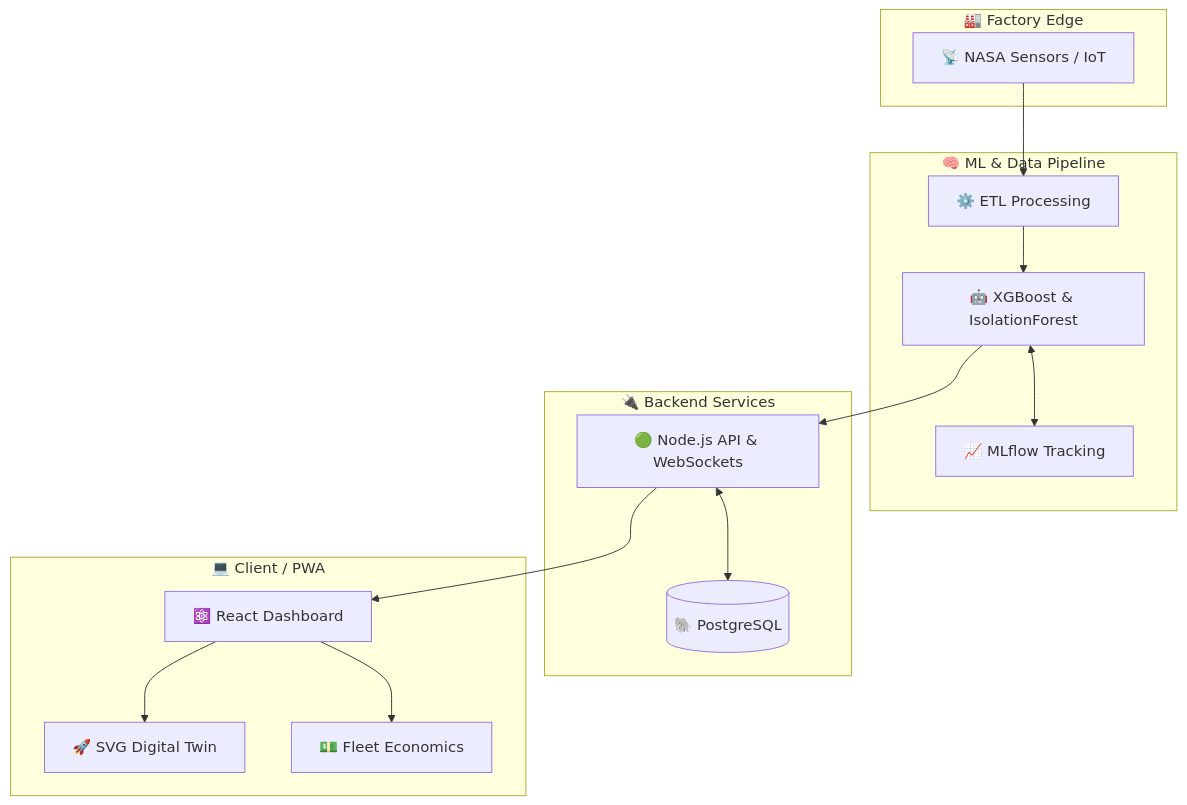
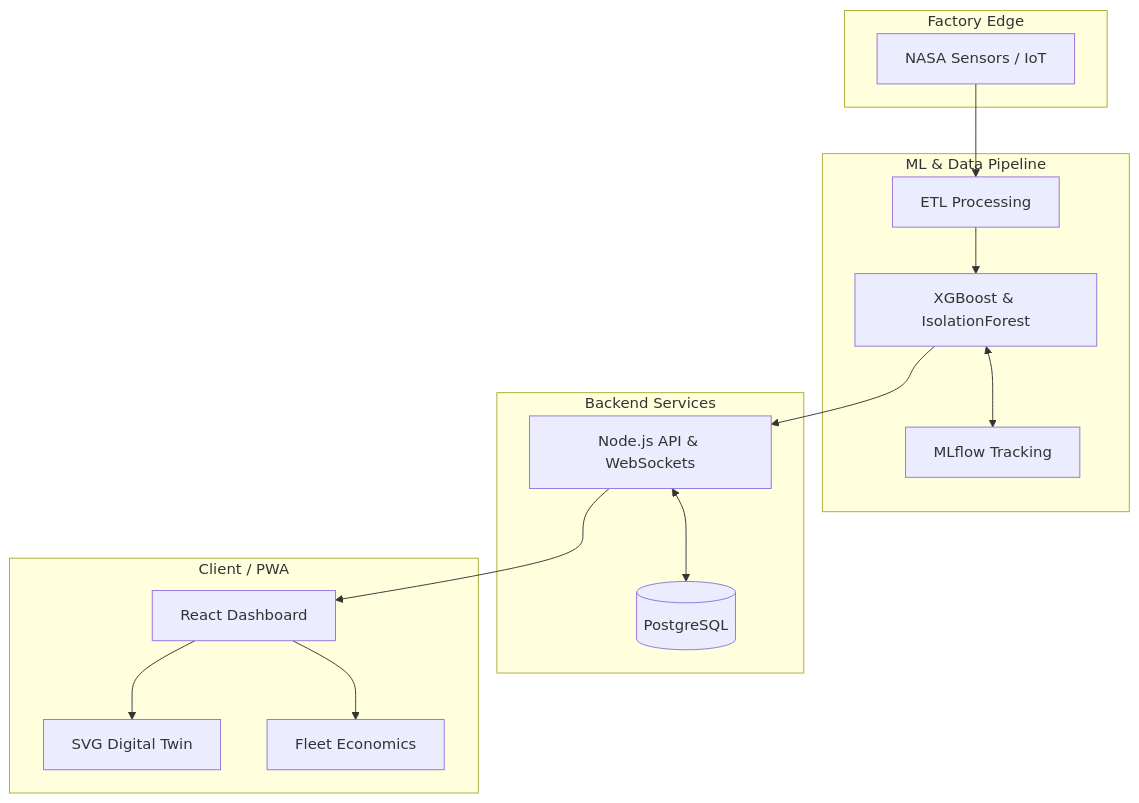
Before and after one commit to Josuegarciaaa/-Mantenimiento-Predictivo-con-IA: the first of 2 diagrams in README.md, drawn with Mermaid. The commit also changed other lines of this file, not shown here.

````diff
--- a/README.md
+++ b/README.md
@@ -42,34 +42,34 @@
 ```mermaid
 graph TD
-    subgraph Edge_Factory [🏭 Factory Edge]
-        Sensors[📡 NASA Sensors / IoT]
+    subgraph Edge_Factory [Factory Edge]
+        Sensors[NASA Sensors / IoT]
     end
     
-    subgraph Data_Pipeline [🧠 ML & Data Pipeline]
-        ETL[⚙️ ETL Processing]
-        XGBoost[🤖 XGBoost & IsolationForest]
-        MLflow[📈 MLflow Tracking]
+    subgraph Data_Pipeline [ML & Data Pipeline]
+        ETL[ETL Processing]
+        XGBoost[XGBoost & IsolationForest]
+        MLflow[MLflow Tracking]
         
         Sensors --> ETL
         ETL --> XGBoost
         XGBoost <--> MLflow
     end
     
-    subgraph Backend [🔌 Backend Services]
-        NodeJS[🟢 Node.js API & WebSockets]
-        DB[(🐘 PostgreSQL)]
+    subgraph Backend [Backend Services]
+        NodeJS[Node.js API & WebSockets]
+        DB[(PostgreSQL)]
         
         XGBoost --> NodeJS
         NodeJS <--> DB
     end
     
-    subgraph Frontend [💻 Client / PWA]
-        React[⚛️ React Dashboard]
-        DigitalTwin[🚀 SVG Digital Twin]
-        Economics[💵 Fleet Economics]
+    subgraph Frontend [Client / PWA]
+        React[React Dashboard]
+        DigitalTwin[SVG Digital Twin]
+        Economics[Fleet Economics]
         
         NodeJS --> React
         React --> DigitalTwin
         React --> Economics
     end
 ```
````
